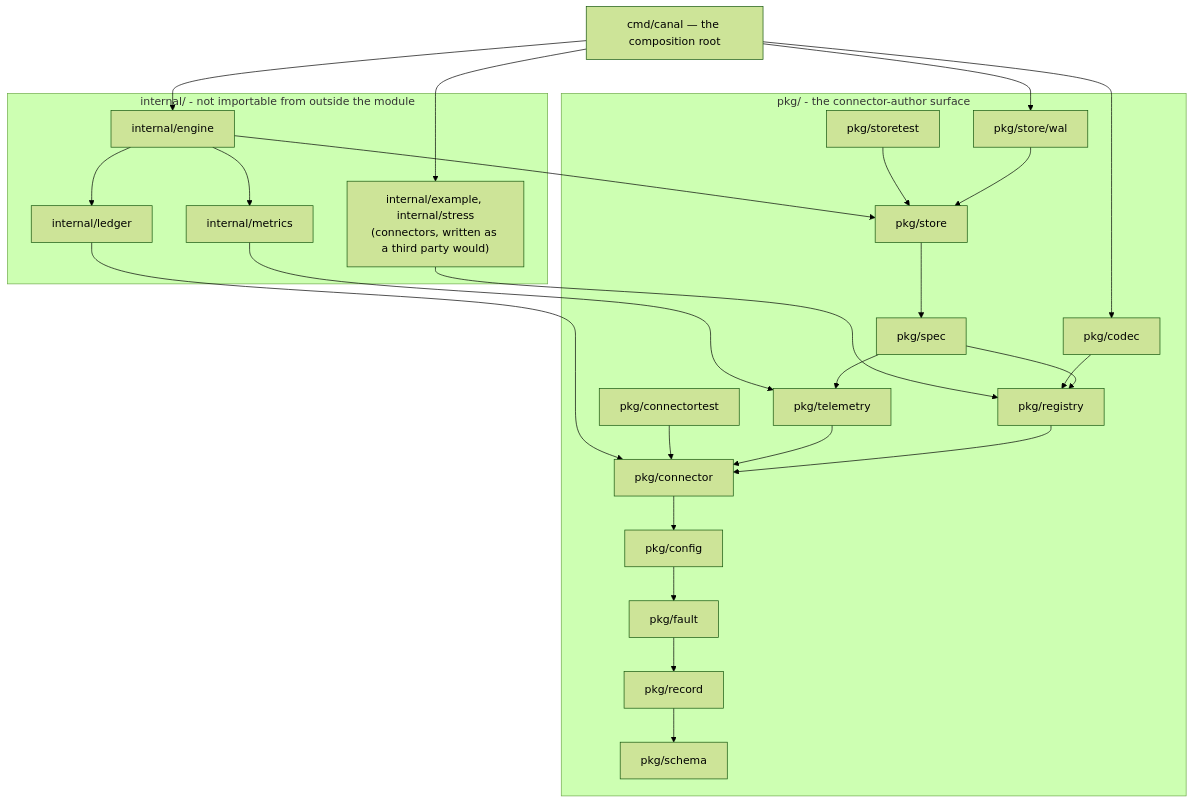
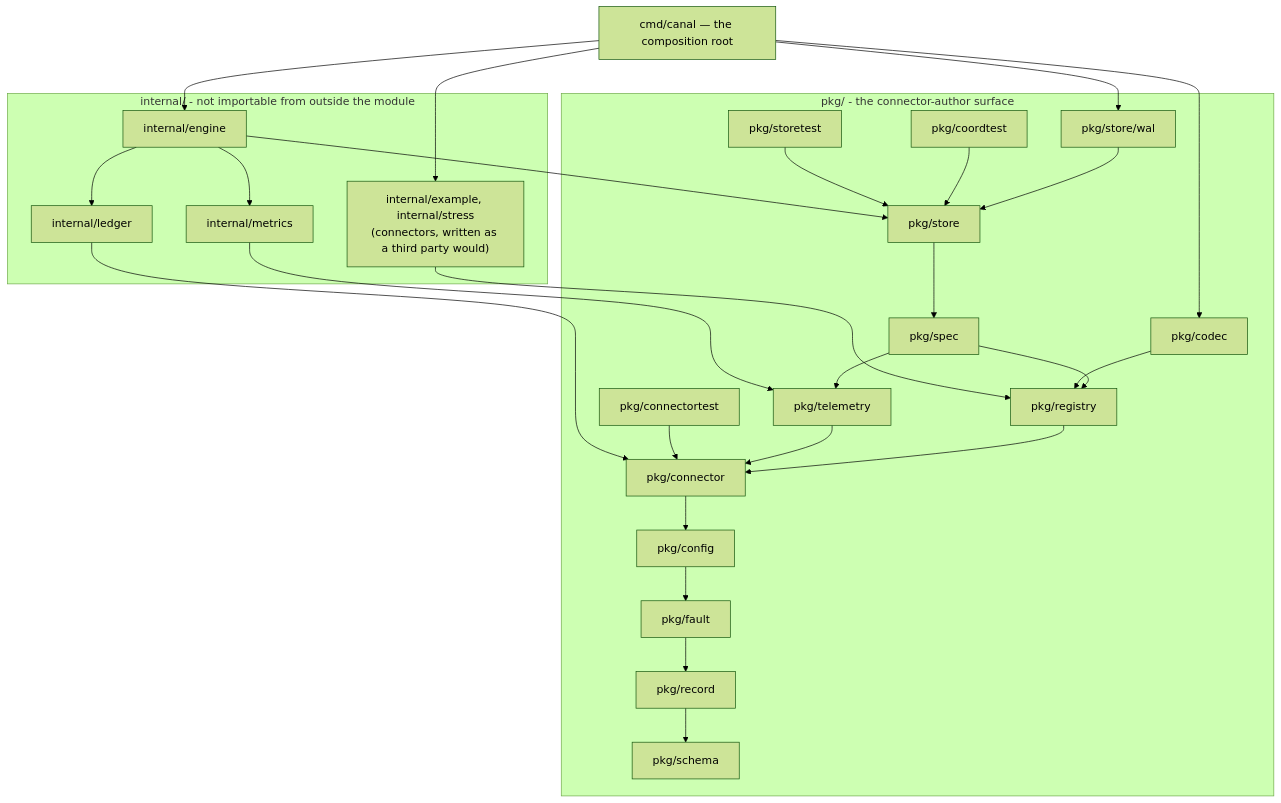
The third of 3 diagrams in README.md (BernardoCSACarreira/canal), drawn with Mermaid (forest theme) before and after one commit. The commit also changed other lines of this file and 4 other files, not shown here.

````diff
--- a/README.md
+++ b/README.md
@@ -174,51 +175,53 @@
 ```mermaid
 flowchart TB
     CANAL["cmd/canal — the composition root"]
 
     subgraph INT["internal/ - not importable from outside the module"]
         ENGINE["internal/engine"]
         LEDGER["internal/ledger"]
         METRICS["internal/metrics"]
         CONNS["internal/example, internal/stress<br>(connectors, written as a third party would)"]
     end
 
     subgraph PKG["pkg/ - the connector-author surface"]
         CTEST["pkg/connectortest"]
         STEST["pkg/storetest"]
+        COTEST["pkg/coordtest"]
         WAL["pkg/store/wal"]
         CODEC["pkg/codec"]
         STORE["pkg/store"]
         SPEC["pkg/spec"]
         TELEM["pkg/telemetry"]
         REG["pkg/registry"]
         CONN["pkg/connector"]
         CFG["pkg/config"]
         FAULT["pkg/fault"]
         REC["pkg/record"]
         SCH["pkg/schema"]
     end
 
     CANAL --> ENGINE
     CANAL --> WAL
     CANAL --> CODEC
     CANAL --> CONNS
     ENGINE --> STORE
     ENGINE --> LEDGER
     ENGINE --> METRICS
     LEDGER --> CONN
     METRICS --> TELEM
     CONNS --> REG
     CTEST --> CONN
     STEST --> STORE
+    COTEST --> STORE
     WAL --> STORE
     CODEC --> REG
     STORE --> SPEC
     SPEC --> REG
     SPEC --> TELEM
     TELEM --> CONN
     REG --> CONN
     CONN --> CFG
     CFG --> FAULT
     FAULT --> REC
     REC --> SCH
 ```
````
